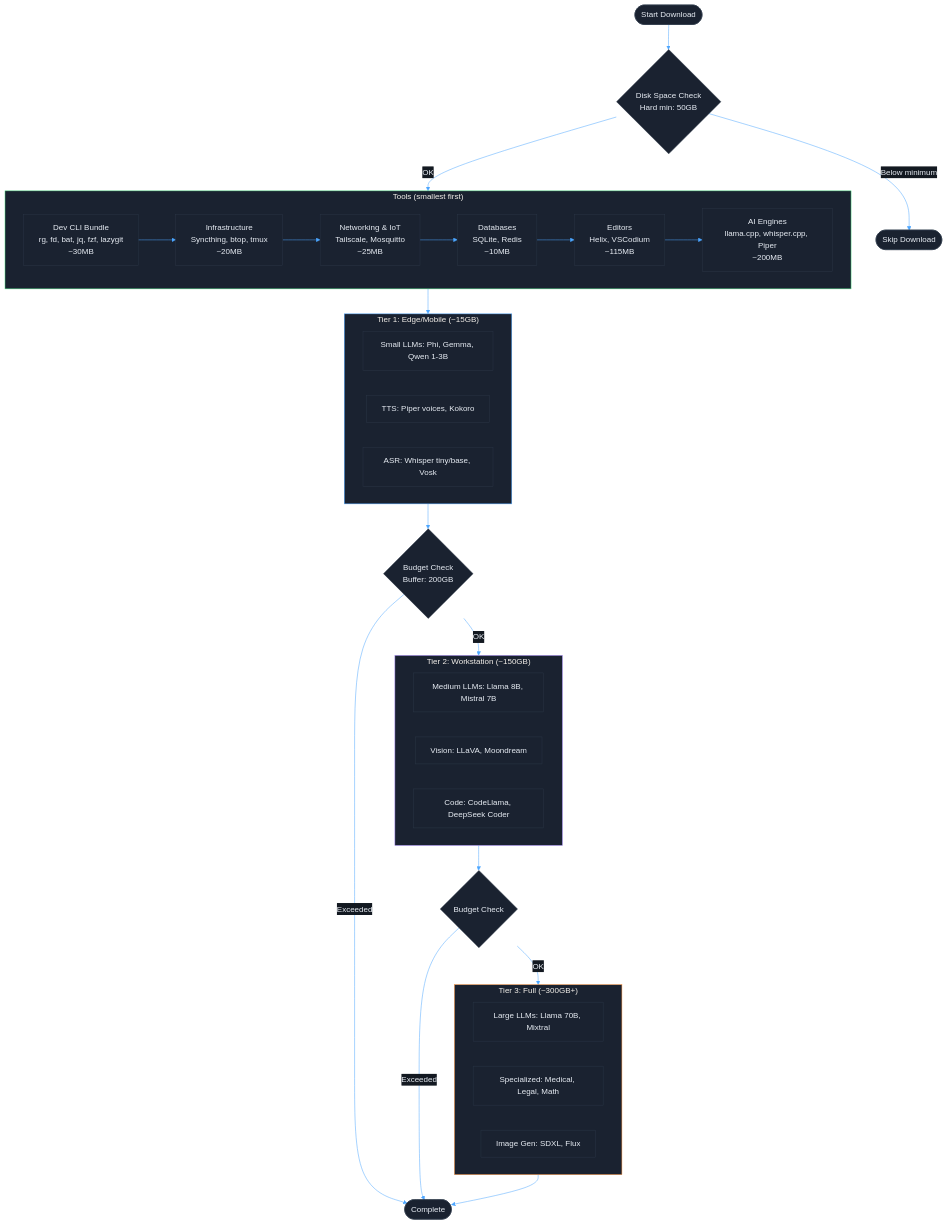
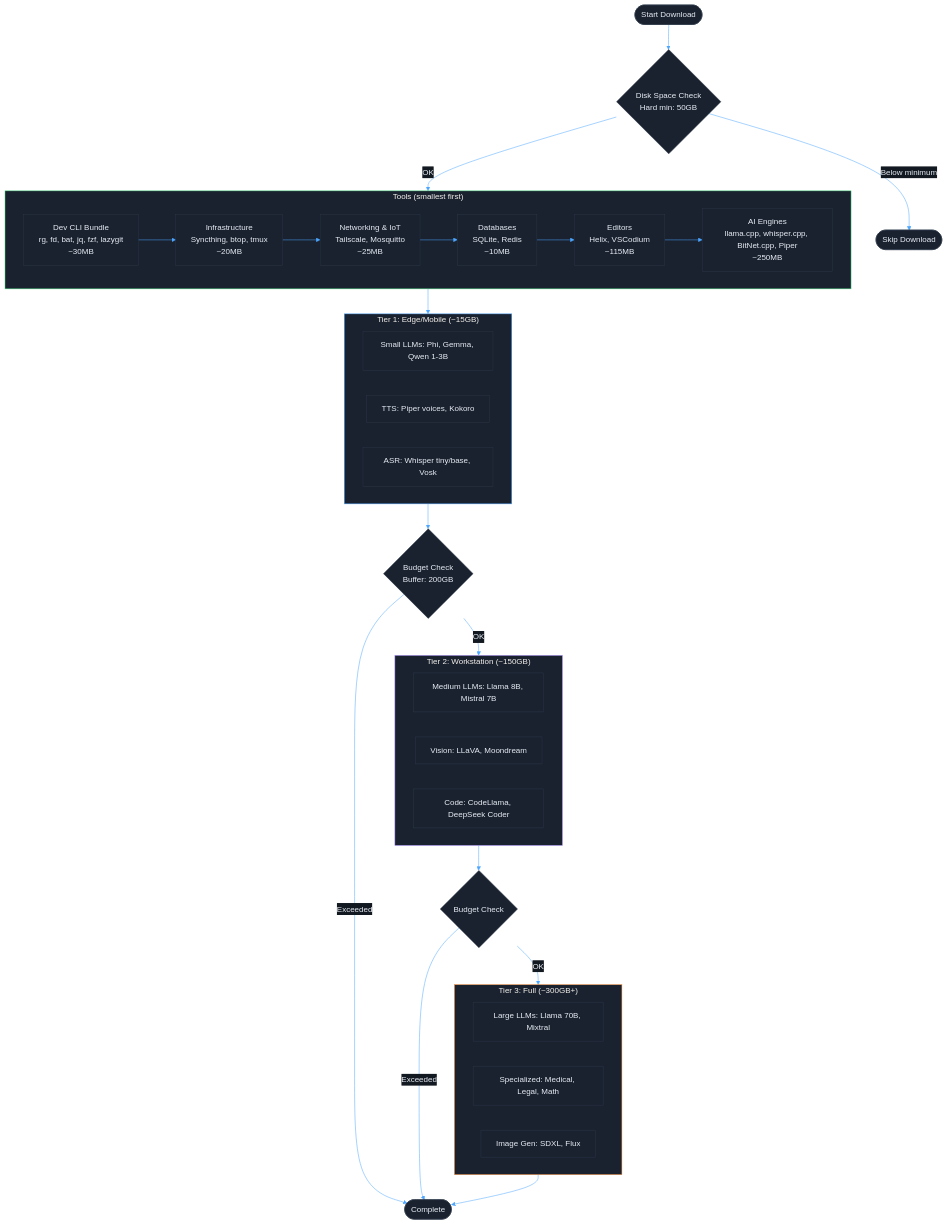
Before and after one commit to mvalancy/val-ark: the second of 4 diagrams in docs/ARCHITECTURE.md, drawn with Mermaid. The commit also changed other lines of this file and 18 other files, not shown here.

First line of the commit message:
Add BitNet.cpp tool and models, fix install badges, update screenshots

````diff
--- a/docs/ARCHITECTURE.md
+++ b/docs/ARCHITECTURE.md
@@ -73,58 +73,58 @@
 ```mermaid
 %%{init: {'theme': 'base', 'themeVariables': {
   'primaryColor': '#1a2230',
   'primaryBorderColor': '#2a3545',
   'primaryTextColor': '#e8edf4',
   'lineColor': '#4da6ff',
   'secondaryColor': '#131921',
   'tertiaryColor': '#0a0e14'
 }}}%%
 flowchart TD
     START([Start Download]) --> DISK{Disk Space Check<br/>Hard min: 50GB}
     DISK -->|Below minimum| ABORT([Skip Download])
     DISK -->|OK| TOOLS
 
     subgraph TOOLS["Tools (smallest first)"]
         style TOOLS fill:#1a2230,stroke:#4ade80
         T1["Dev CLI Bundle<br/>rg, fd, bat, jq, fzf, lazygit<br/>~30MB"]
         T2["Infrastructure<br/>Syncthing, btop, tmux<br/>~20MB"]
         T3["Networking & IoT<br/>Tailscale, Mosquitto<br/>~25MB"]
         T4["Databases<br/>SQLite, Redis<br/>~10MB"]
         T5["Editors<br/>Helix, VSCodium<br/>~115MB"]
-        T6["AI Engines<br/>llama.cpp, whisper.cpp, Piper<br/>~200MB"]
+        T6["AI Engines<br/>llama.cpp, whisper.cpp, BitNet.cpp, Piper<br/>~250MB"]
         T1 --> T2 --> T3 --> T4 --> T5 --> T6
     end
 
     TOOLS --> TIER1
 
     subgraph TIER1["Tier 1: Edge/Mobile (~15GB)"]
         style TIER1 fill:#1a2230,stroke:#4da6ff
         M1["Small LLMs: Phi, Gemma, Qwen 1-3B"]
         M2["TTS: Piper voices, Kokoro"]
         M3["ASR: Whisper tiny/base, Vosk"]
     end
 
     TIER1 --> BUDGET1{Budget Check<br/>Buffer: 200GB}
     BUDGET1 -->|OK| TIER2
 
     subgraph TIER2["Tier 2: Workstation (~150GB)"]
         style TIER2 fill:#1a2230,stroke:#a78bfa
         M4["Medium LLMs: Llama 8B, Mistral 7B"]
         M5["Vision: LLaVA, Moondream"]
         M6["Code: CodeLlama, DeepSeek Coder"]
     end
 
     TIER2 --> BUDGET2{Budget Check}
     BUDGET2 -->|OK| TIER3
 
     subgraph TIER3["Tier 3: Full (~300GB+)"]
         style TIER3 fill:#1a2230,stroke:#fb923c
         M7["Large LLMs: Llama 70B, Mixtral"]
         M8["Specialized: Medical, Legal, Math"]
         M9["Image Gen: SDXL, Flux"]
     end
 
     TIER3 --> DONE([Complete])
     BUDGET1 -->|Exceeded| DONE
     BUDGET2 -->|Exceeded| DONE
 ```
````
